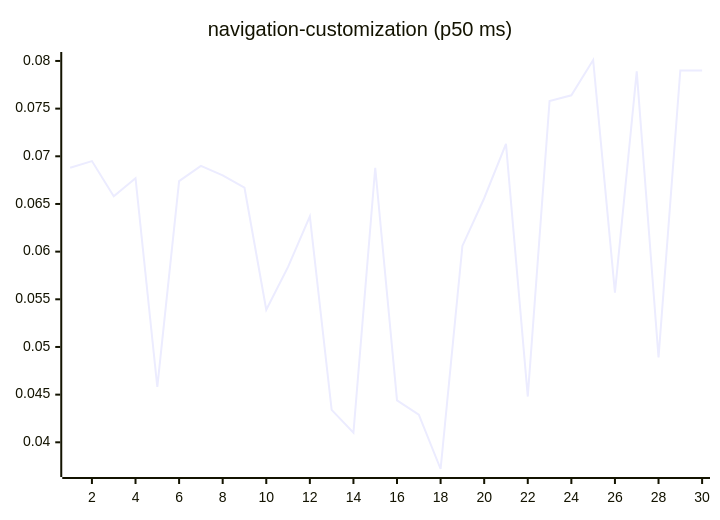
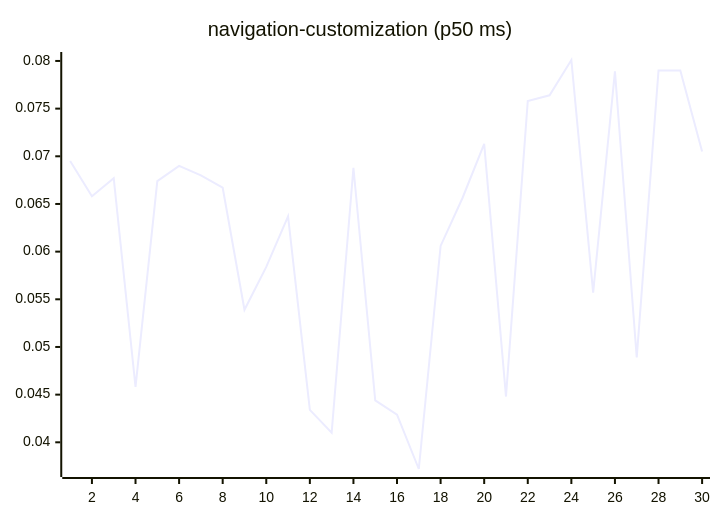
Before and after one commit to josha/Facet: diagram 15 of 27 in README.md, drawn with Mermaid. The commit also changed other lines of this file and 2 other files, not shown here.

````diff
--- a/README.md
+++ b/README.md
@@ -161,6 +161,6 @@
 ```mermaid
 xychart-beta
     title "navigation-customization (p50 ms)"
     x-axis 1 --> 30
-    line [0.0688, 0.0695, 0.0658, 0.0677, 0.0458, 0.0674, 0.0690, 0.0680, 0.0667, 0.0539, 0.0584, 0.0637, 0.0434, 0.0410, 0.0688, 0.0444, 0.0429, 0.0372, 0.0606, 0.0656, 0.0713, 0.0448, 0.0758, 0.0764, 0.0801, 0.0557, 0.0789, 0.0489, 0.0790, 0.0790]
+    line [0.0695, 0.0658, 0.0677, 0.0458, 0.0674, 0.0690, 0.0680, 0.0667, 0.0539, 0.0584, 0.0637, 0.0434, 0.0410, 0.0688, 0.0444, 0.0429, 0.0372, 0.0606, 0.0656, 0.0713, 0.0448, 0.0758, 0.0764, 0.0801, 0.0557, 0.0789, 0.0489, 0.0790, 0.0790, 0.0705]
 ```
````
